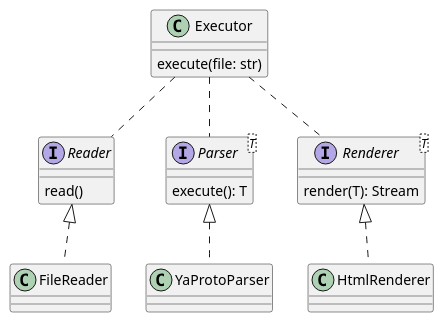
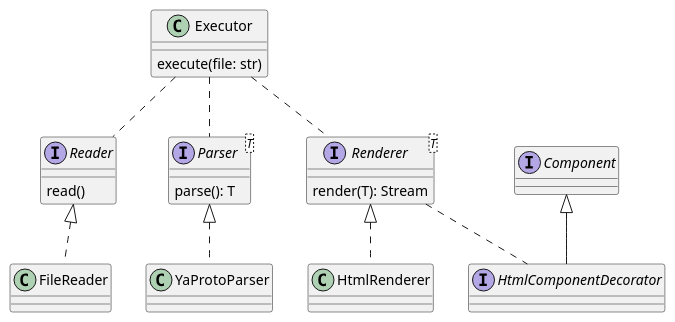
Before and after one commit to ssricardo/lab: the diagram in ideas/project.wsd, drawn with PlantUML. The commit also changed 1 other file, not shown here.

Commit message:
Diagramas proj text mockup

```diff
--- a/ideas/project.wsd
+++ b/ideas/project.wsd
@@ -1,33 +1,36 @@
-@startuml
+@startuml "project"
 
     interface Reader {
         read()
     }
 
     class FileReader implements Reader {
     }
 
     interface Parser<T> {
-        execute(): T
+        parse(): T
     }
 
     class YaProtoParser implements Parser {
     }
 
     interface Renderer<T> {
         render(T): Stream
     }
 
-    class HtmlRenderer implements Renderer{
+    class HtmlRenderer implements Renderer {
+    }
 
+    interface HtmlComponentDecorator extends Component {
     }
 
     class Executor {
         execute(file: str)
     }
 
     Executor .. Reader
     Executor .. Parser
     Executor .. Renderer
+    Renderer .. HtmlComponentDecorator
 
 @enduml
```
